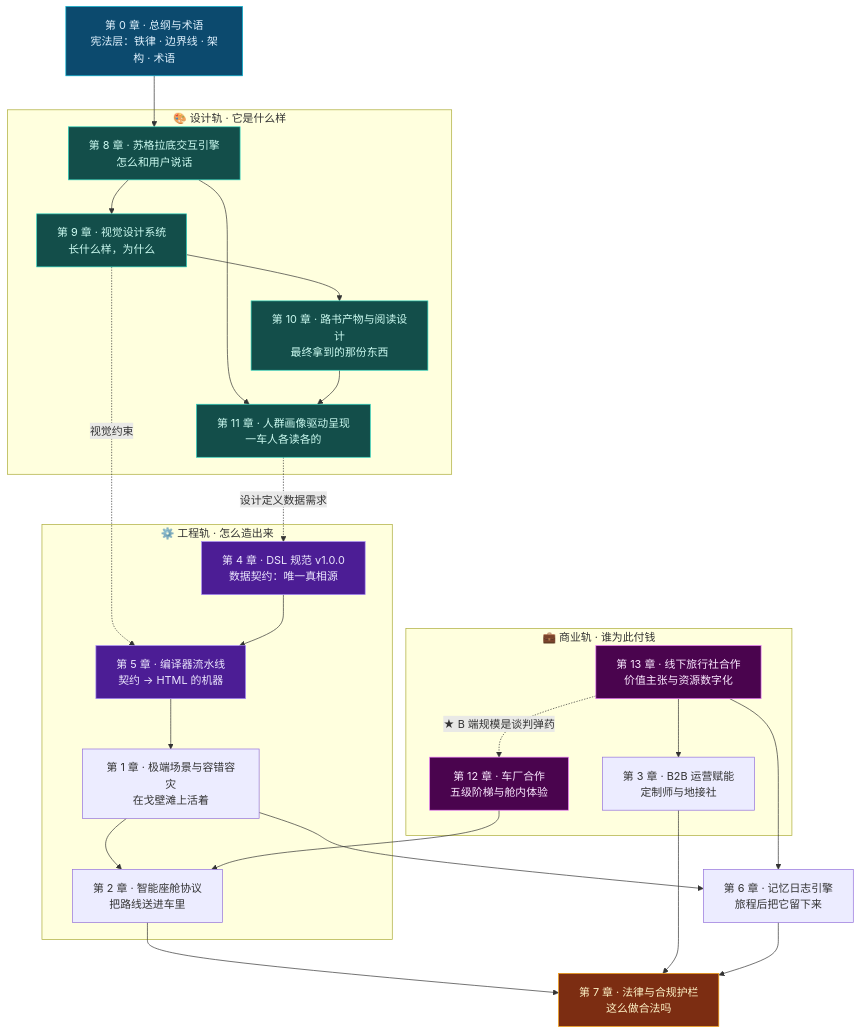
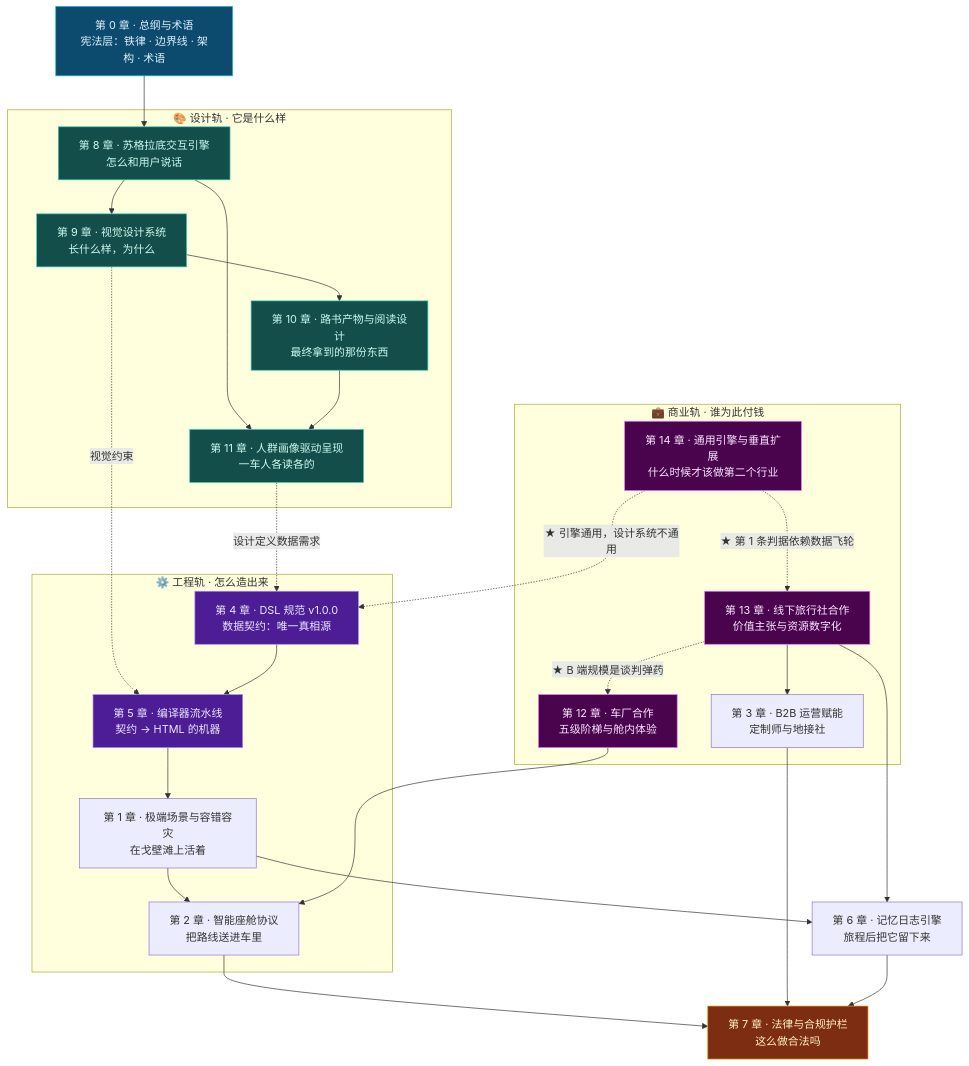
The diagram in docs/README.md (JohnMaxwell0123/TripCraft), drawn with Mermaid before and after one commit. The commit also changed other lines of this file and 5 other files, not shown here.

````diff
--- a/docs/README.md
+++ b/docs/README.md
@@ -64,52 +64,56 @@
 ```mermaid
 flowchart TB
     CH0["第 0 章 · 总纲与术语<br/>宪法层：铁律 · 边界线 · 架构 · 术语"]
 
     subgraph DESIGN["🎨 设计轨 · 它是什么样"]
         CH8["第 8 章 · 苏格拉底交互引擎<br/>怎么和用户说话"]
         CH9["第 9 章 · 视觉设计系统<br/>长什么样，为什么"]
         CH10["第 10 章 · 路书产物与阅读设计<br/>最终拿到的那份东西"]
         CH11["第 11 章 · 人群画像驱动呈现<br/>一车人各读各的"]
     end
 
     subgraph BIZ["💼 商业轨 · 谁为此付钱"]
         CH13["第 13 章 · 线下旅行社合作<br/>价值主张与资源数字化"]
         CH3["第 3 章 · B2B 运营赋能<br/>定制师与地接社"]
         CH12["第 12 章 · 车厂合作<br/>五级阶梯与舱内体验"]
+        CH14["第 14 章 · 通用引擎与垂直扩展<br/>什么时候才该做第二个行业"]
     end
 
     subgraph ENGINE["⚙️ 工程轨 · 怎么造出来"]
         CH4["第 4 章 · DSL 规范 v1.0.0<br/>数据契约：唯一真相源"]
         CH5["第 5 章 · 编译器流水线<br/>契约 → HTML 的机器"]
         CH1["第 1 章 · 极端场景与容错容灾<br/>在戈壁滩上活着"]
         CH2["第 2 章 · 智能座舱协议<br/>把路线送进车里"]
     end
 
     CH6["第 6 章 · 记忆日志引擎<br/>旅程后把它留下来"]
     CH7["第 7 章 · 法律与合规护栏<br/>这么做合法吗"]
 
     CH0 --> CH8
     CH8 --> CH9 --> CH10
     CH8 --> CH11
     CH10 --> CH11
     CH11 -. 设计定义数据需求 .-> CH4
     CH9 -. 视觉约束 .-> CH5
     CH4 --> CH5 --> CH1
     CH1 --> CH2 & CH6
     CH13 --> CH3
     CH13 -. ★ B 端规模是谈判弹药 .-> CH12
     CH12 --> CH2
     CH13 --> CH6
+    CH14 -.->|"★ 第 1 条判据依赖数据飞轮"| CH13
+    CH14 -.->|"★ 引擎通用，设计系统不通用"| CH4
     CH2 & CH3 & CH6 --> CH7
 
     style CH0 fill:#0c4a6e,stroke:#06b6d4,color:#e0f2fe
     style CH4 fill:#4c1d95,stroke:#a78bfa,color:#ede9fe
     style CH5 fill:#4c1d95,stroke:#a78bfa,color:#ede9fe
     style CH7 fill:#7c2d12,stroke:#f59e0b,color:#fef3c7
     style CH8 fill:#134e4a,stroke:#2dd4bf,color:#ccfbf1
     style CH9 fill:#134e4a,stroke:#2dd4bf,color:#ccfbf1
     style CH10 fill:#134e4a,stroke:#2dd4bf,color:#ccfbf1
     style CH11 fill:#134e4a,stroke:#2dd4bf,color:#ccfbf1
     style CH12 fill:#4a044e,stroke:#e879f9,color:#fae8ff
     style CH13 fill:#4a044e,stroke:#e879f9,color:#fae8ff
+    style CH14 fill:#4a044e,stroke:#e879f9,color:#fae8ff
 ```
````
